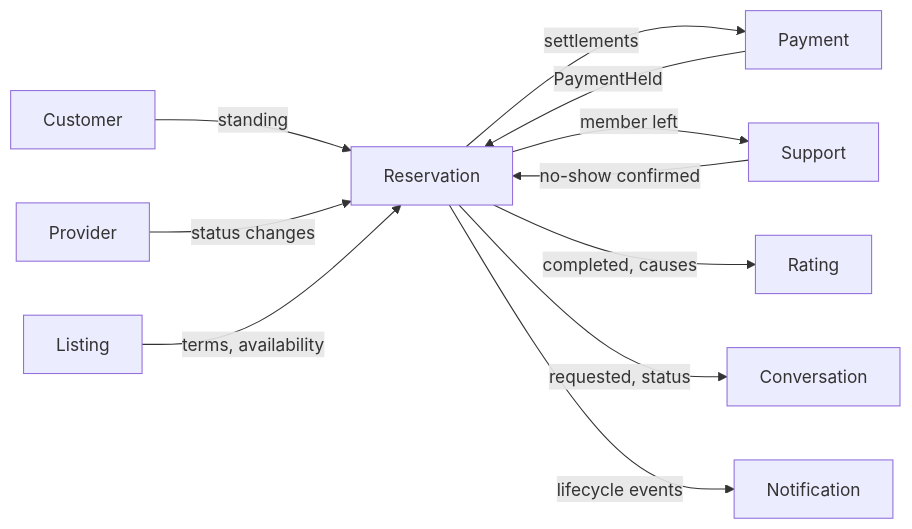
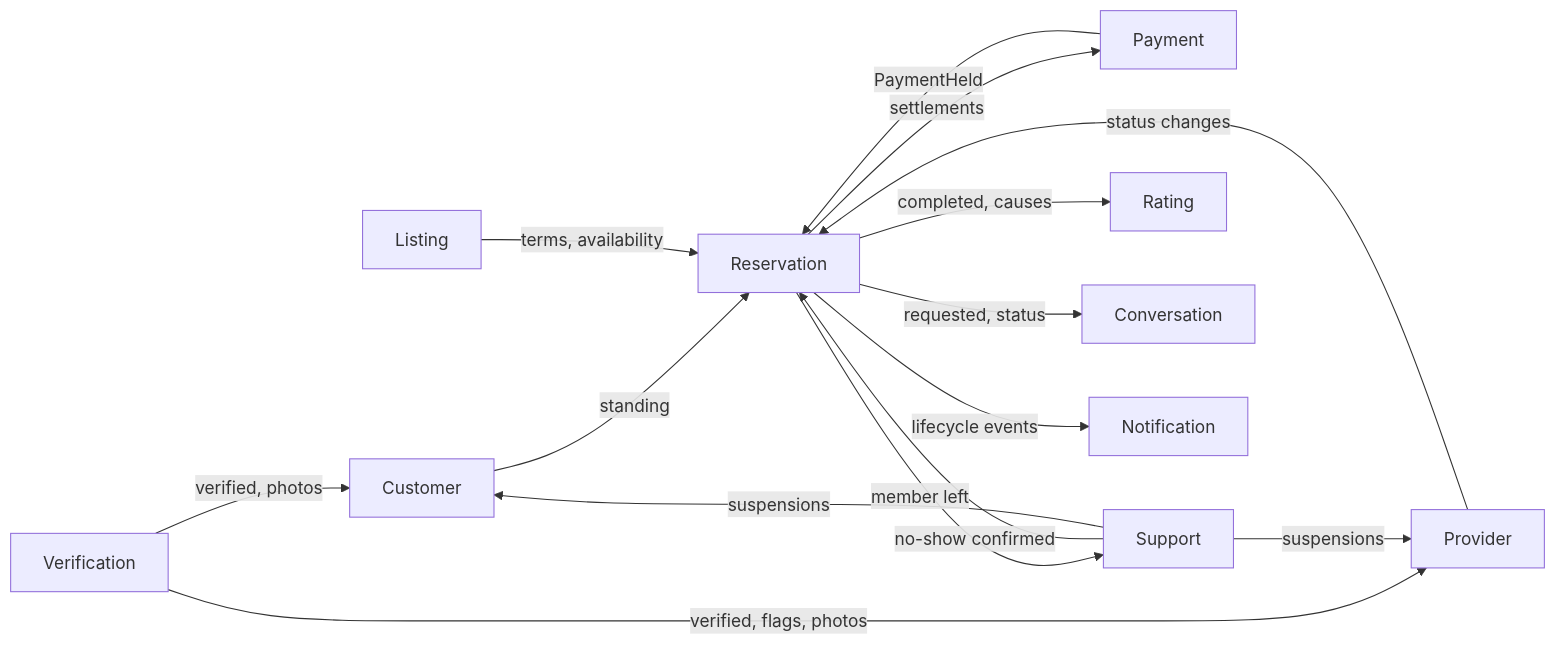
The diagram in docs/homa-business-rule-development-plan.md (luqq2500/homa), drawn with Mermaid before and after one commit. The commit also changed other lines of this file and 12 other files, not shown here.

````diff
--- a/docs/homa-business-rule-development-plan.md
+++ b/docs/homa-business-rule-development-plan.md
@@ -63,13 +64,17 @@
 ```mermaid
 flowchart LR
   Customer -- standing --> Reservation
   Provider -- status changes --> Reservation
   Listing -- terms, availability --> Reservation
   Reservation -- settlements --> Payment
   Payment -- PaymentHeld --> Reservation
   Reservation -- member left --> Support
   Support -- no-show confirmed --> Reservation
   Reservation -- completed, causes --> Rating
   Reservation -- requested, status --> Conversation
   Reservation -- lifecycle events --> Notification
+  Verification -- verified, flags, photos --> Provider
+  Verification -- verified, photos --> Customer
+  Support -- suspensions --> Provider
+  Support -- suspensions --> Customer
 ```
````
